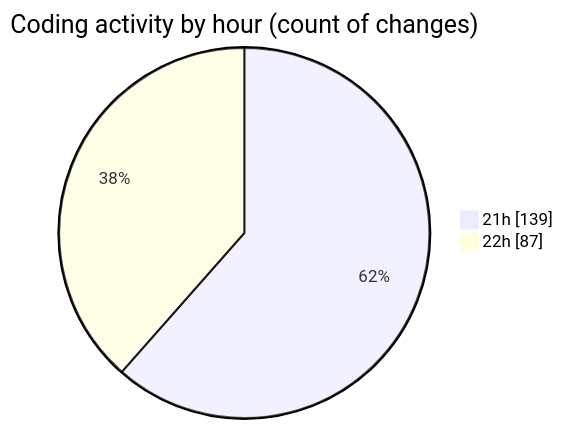
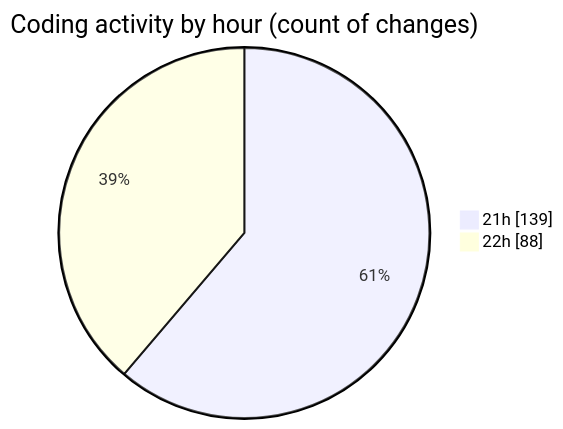
One commit to Ritupan-Deka/code-tracking changed the second of 2 diagrams in 2025-08-03/javascript/README.md. Above: the diagram before and after it, drawn with Mermaid. The commit also changed other lines of this file and 1 other file, not shown here.

````diff
--- a/2025-08-03/javascript/README.md
+++ b/2025-08-03/javascript/README.md
@@ -31,6 +32,6 @@
 ```mermaid
 pie showData
 title Coding activity by hour (count of changes)
 "21h" : 139
-"22h" : 87
+"22h" : 88
 ```
````
